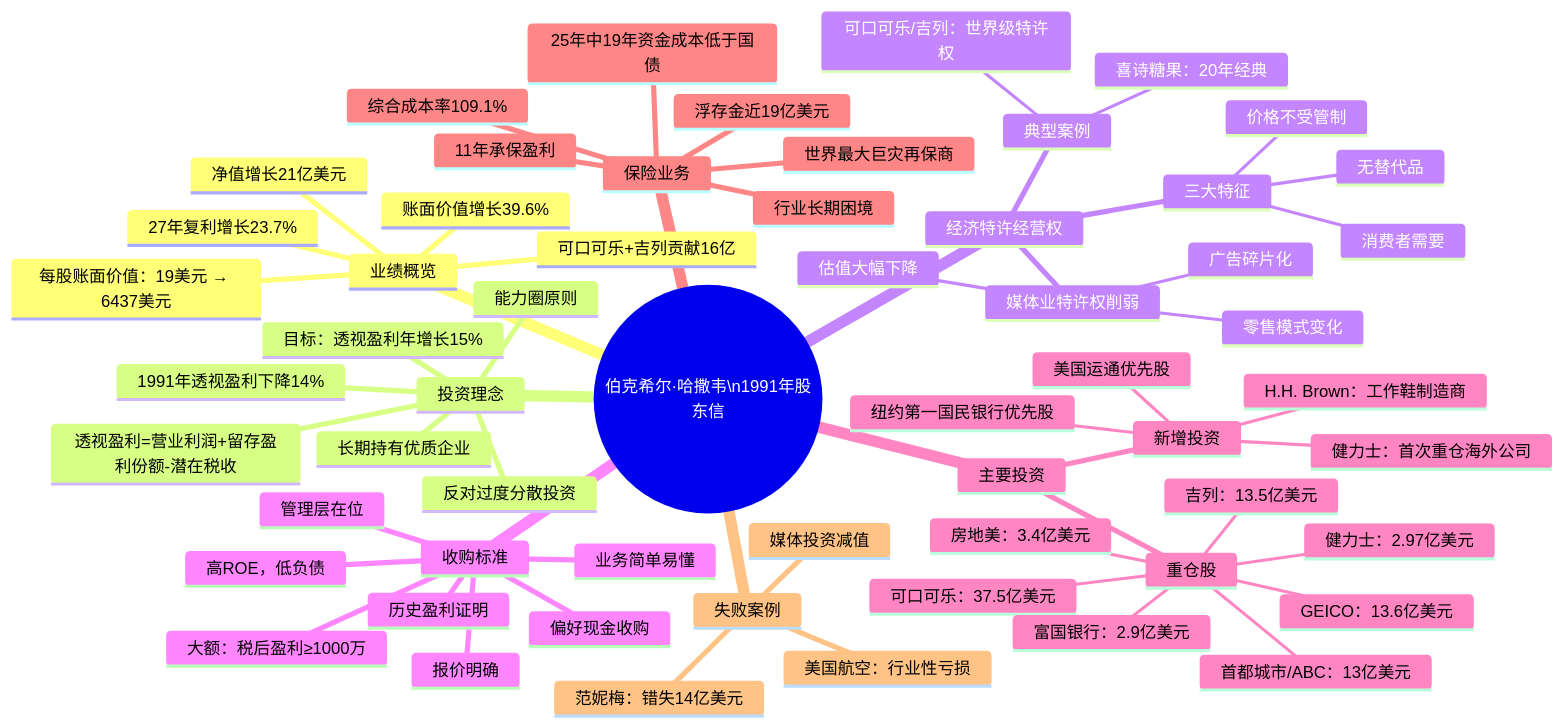
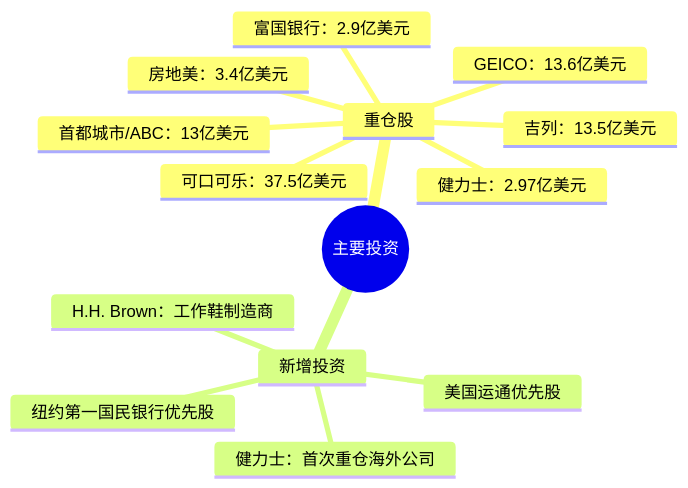
The sixth of 8 diagrams in docs/01_letters/1991年/思维导图.md (carllhm/buffett-knowledge-base), drawn with Mermaid before and after one commit. The commit also changed other lines of this file and 719 other files, not shown here.

Commit message:
思维导图重构：两级结构，总览+折叠子导图

````diff
--- a/docs/01_letters/1991年/思维导图.md
+++ b/docs/01_letters/1991年/思维导图.md
@@ -5,62 +137,17 @@
 ```mermaid
 mindmap
-  root((伯克希尔·哈撒韦\n1991年股东信))
-    业绩概览
-      净值增长21亿美元
-      账面价值增长39.6%
-      27年复利增长23.7%
-      每股账面价值：19美元 → 6437美元
-      可口可乐+吉列贡献16亿
-    投资理念
-      目标：透视盈利年增长15%
-      透视盈利=营业利润+留存盈利份额-潜在税收
-      1991年透视盈利下降14%
-      长期持有优质企业
-      反对过度分散投资
-      能力圈原则
-    经济特许经营权
-      三大特征
-        消费者需要
-        无替代品
-        价格不受管制
-      媒体业特许权削弱
-        零售模式变化
-        广告碎片化
-        估值大幅下降
-      典型案例
-        喜诗糖果：20年经典
-        可口可乐/吉列：世界级特许权
-    收购标准
-      大额：税后盈利≥1000万
-      历史盈利证明
-      高ROE，低负债
-      管理层在位
-      业务简单易懂
-      报价明确
-      偏好现金收购
-    主要投资
-      重仓股
-        可口可乐：37.5亿美元
-        GEICO：13.6亿美元
-        吉列：13.5亿美元
-        首都城市/ABC：13亿美元
-        富国银行：2.9亿美元
-        房地美：3.4亿美元
-        健力士：2.97亿美元
-      新增投资
-        健力士：首次重仓海外公司
-        H.H. Brown：工作鞋制造商
-        美国运通优先股
-        纽约第一国民银行优先股
-    保险业务
-      浮存金近19亿美元
-      25年中19年资金成本低于国债
-      11年承保盈利
-      世界最大巨灾再保商
-      综合成本率109.1%
-      行业长期困境
-    失败案例
-      美国航空：行业性亏损
-      范妮梅：错失14亿美元
-      媒体投资减值
+  root((主要投资))
+    重仓股
+      可口可乐：37.5亿美元
+      GEICO：13.6亿美元
+      吉列：13.5亿美元
+      首都城市/ABC：13亿美元
+      富国银行：2.9亿美元
+      房地美：3.4亿美元
+      健力士：2.97亿美元
+    新增投资
+      健力士：首次重仓海外公司
+      H.H. Brown：工作鞋制造商
+      美国运通优先股
+      纽约第一国民银行优先股
 ```
````
